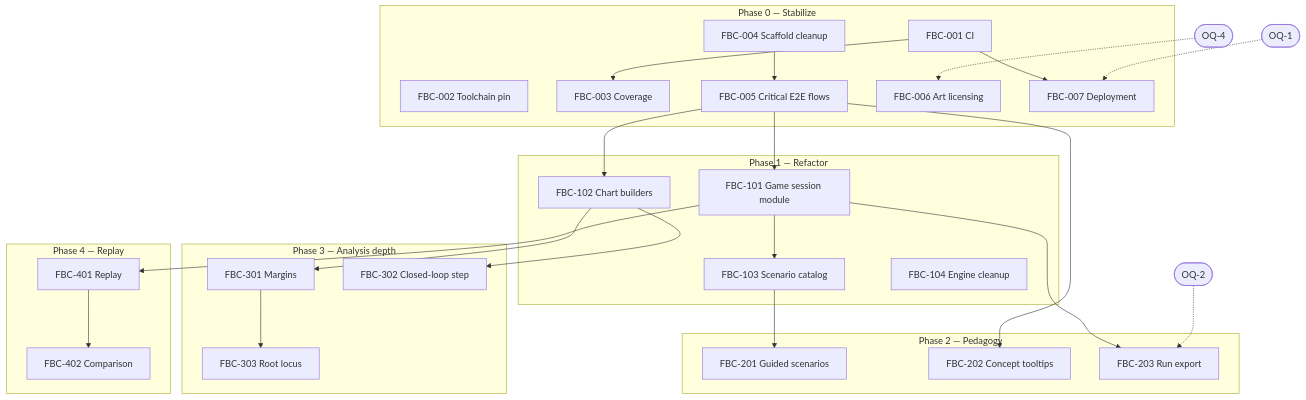
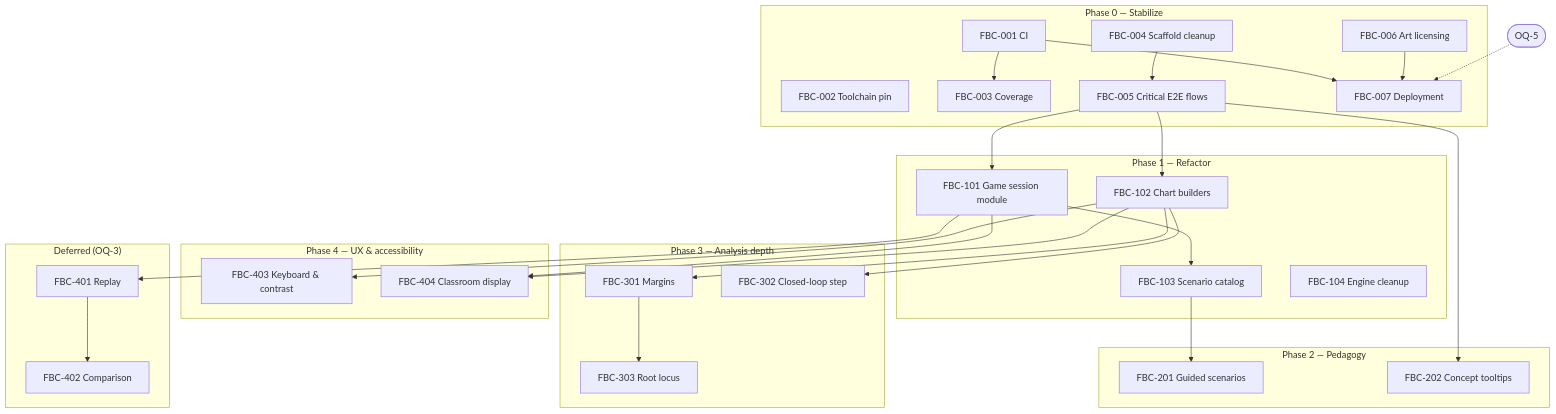
The diagram in docs/improvement-plan.md (rogols/FlappyBirdControl), drawn with Mermaid before and after one commit. The commit also changed other lines of this file and 1 other file, not shown here.

````diff
--- a/docs/improvement-plan.md
+++ b/docs/improvement-plan.md
@@ -338,50 +380,54 @@
 ```mermaid
 graph TD
     subgraph P0["Phase 0 — Stabilize"]
         FBC001[FBC-001 CI]
         FBC002[FBC-002 Toolchain pin]
         FBC003[FBC-003 Coverage]
         FBC004[FBC-004 Scaffold cleanup]
         FBC005[FBC-005 Critical E2E flows]
         FBC006[FBC-006 Art licensing]
         FBC007[FBC-007 Deployment]
     end
     subgraph P1["Phase 1 — Refactor"]
         FBC101[FBC-101 Game session module]
         FBC102[FBC-102 Chart builders]
         FBC103[FBC-103 Scenario catalog]
         FBC104[FBC-104 Engine cleanup]
     end
     subgraph P2["Phase 2 — Pedagogy"]
         FBC201[FBC-201 Guided scenarios]
         FBC202[FBC-202 Concept tooltips]
-        FBC203[FBC-203 Run export]
     end
     subgraph P3["Phase 3 — Analysis depth"]
         FBC301[FBC-301 Margins]
         FBC302[FBC-302 Closed-loop step]
         FBC303[FBC-303 Root locus]
     end
-    subgraph P4["Phase 4 — Replay"]
+    subgraph P4["Phase 4 — UX & accessibility"]
+        FBC403[FBC-403 Keyboard & contrast]
+        FBC404[FBC-404 Classroom display]
+    end
+    subgraph DEF["Deferred (OQ-3)"]
         FBC401[FBC-401 Replay]
         FBC402[FBC-402 Comparison]
     end
 
     FBC001 --> FBC003
     FBC004 --> FBC005
     FBC001 --> FBC007
-    OQ1([OQ-1]) -.-> FBC007
-    OQ4([OQ-4]) -.-> FBC006
+    FBC006 --> FBC007
+    OQ5([OQ-5]) -.-> FBC007
     FBC005 --> FBC101
     FBC005 --> FBC102
     FBC005 --> FBC202
     FBC101 --> FBC103
     FBC103 --> FBC201
-    FBC101 --> FBC203
-    OQ2([OQ-2]) -.-> FBC203
     FBC102 --> FBC301
     FBC102 --> FBC302
     FBC301 --> FBC303
+    FBC102 --> FBC403
+    FBC101 --> FBC404
+    FBC102 --> FBC404
     FBC101 --> FBC401
     FBC401 --> FBC402
 ```
````
